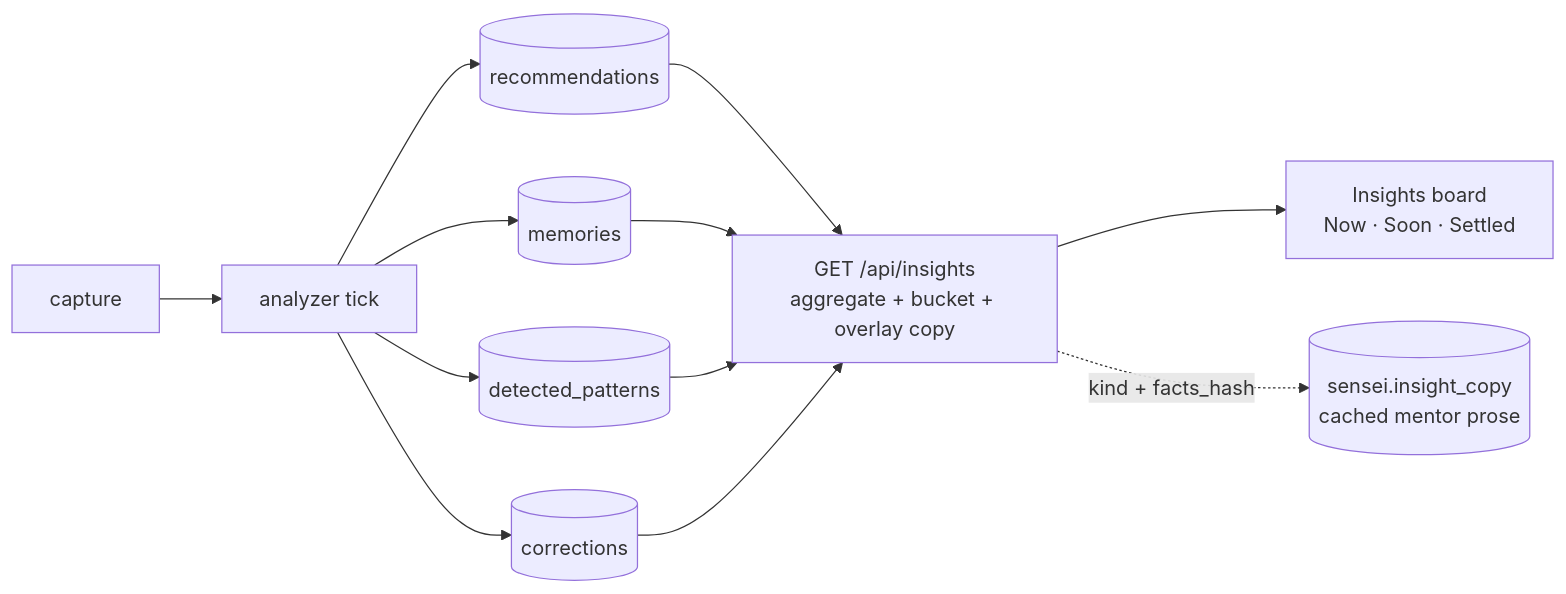
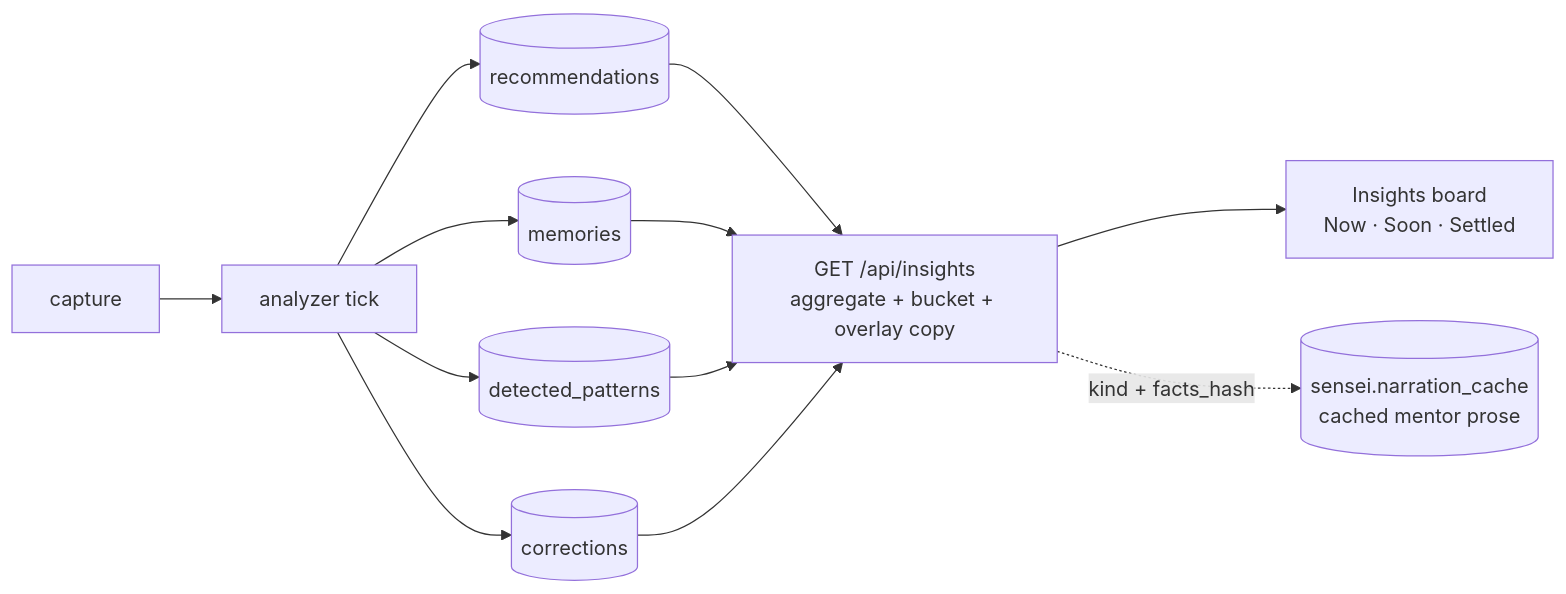
Before and after one commit to sensei-hq/sensei: the diagram in docs/spec/pipeline/insights.md, drawn with Mermaid. The commit also changed other lines of this file and 71 other files, not shown here.

````diff
--- a/docs/spec/pipeline/insights.md
+++ b/docs/spec/pipeline/insights.md
@@ -38,11 +38,11 @@
 ```mermaid
 flowchart LR
     A[capture] --> AN[analyzer tick]
     AN --> R[(recommendations)]
     AN --> M[(memories)]
     AN --> P[(detected_patterns)]
     AN --> C[(corrections)]
     R & M & P & C --> AGG["GET /api/insights<br/>aggregate + bucket + overlay copy"]
     AGG --> BOARD[Insights board<br/>Now · Soon · Settled]
-    AGG -.->|kind + facts_hash| IC[(sensei.insight_copy<br/>cached mentor prose)]
+    AGG -.->|kind + facts_hash| IC[(sensei.narration_cache<br/>cached mentor prose)]
 ```
````
